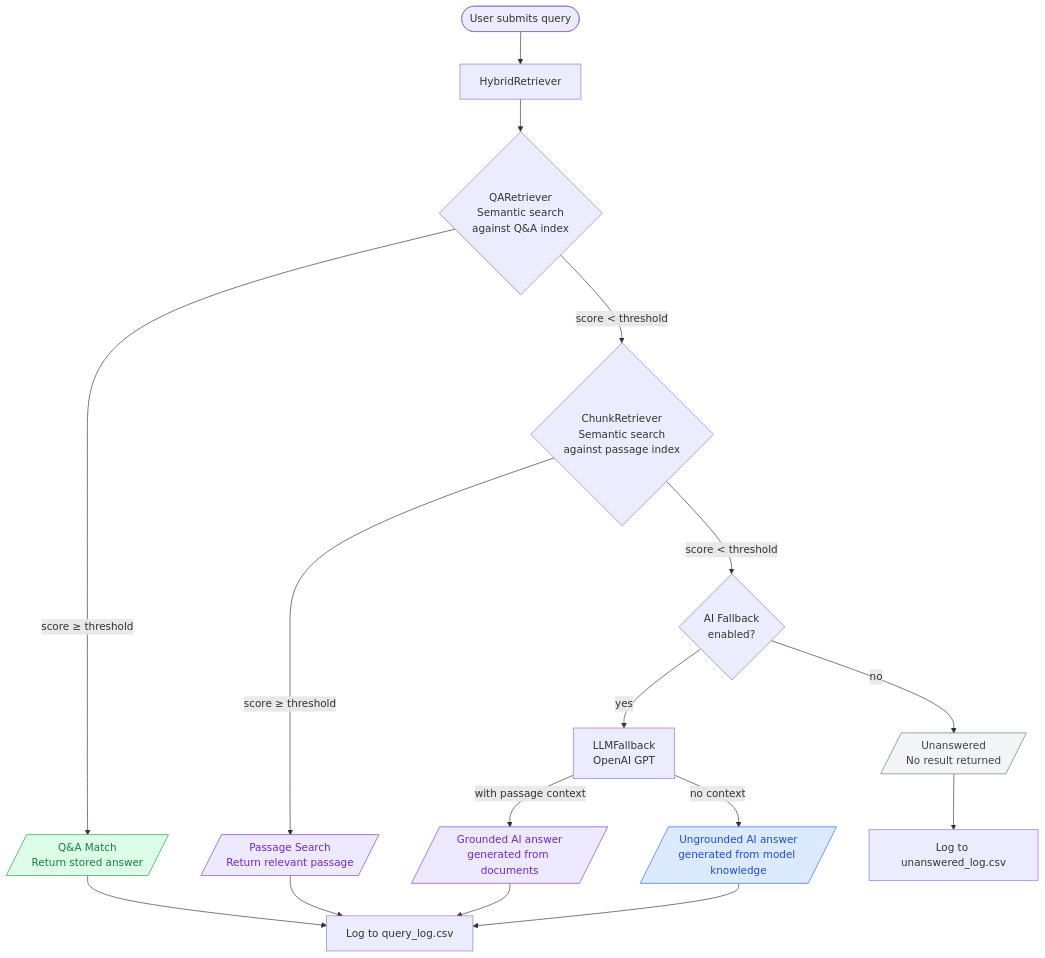
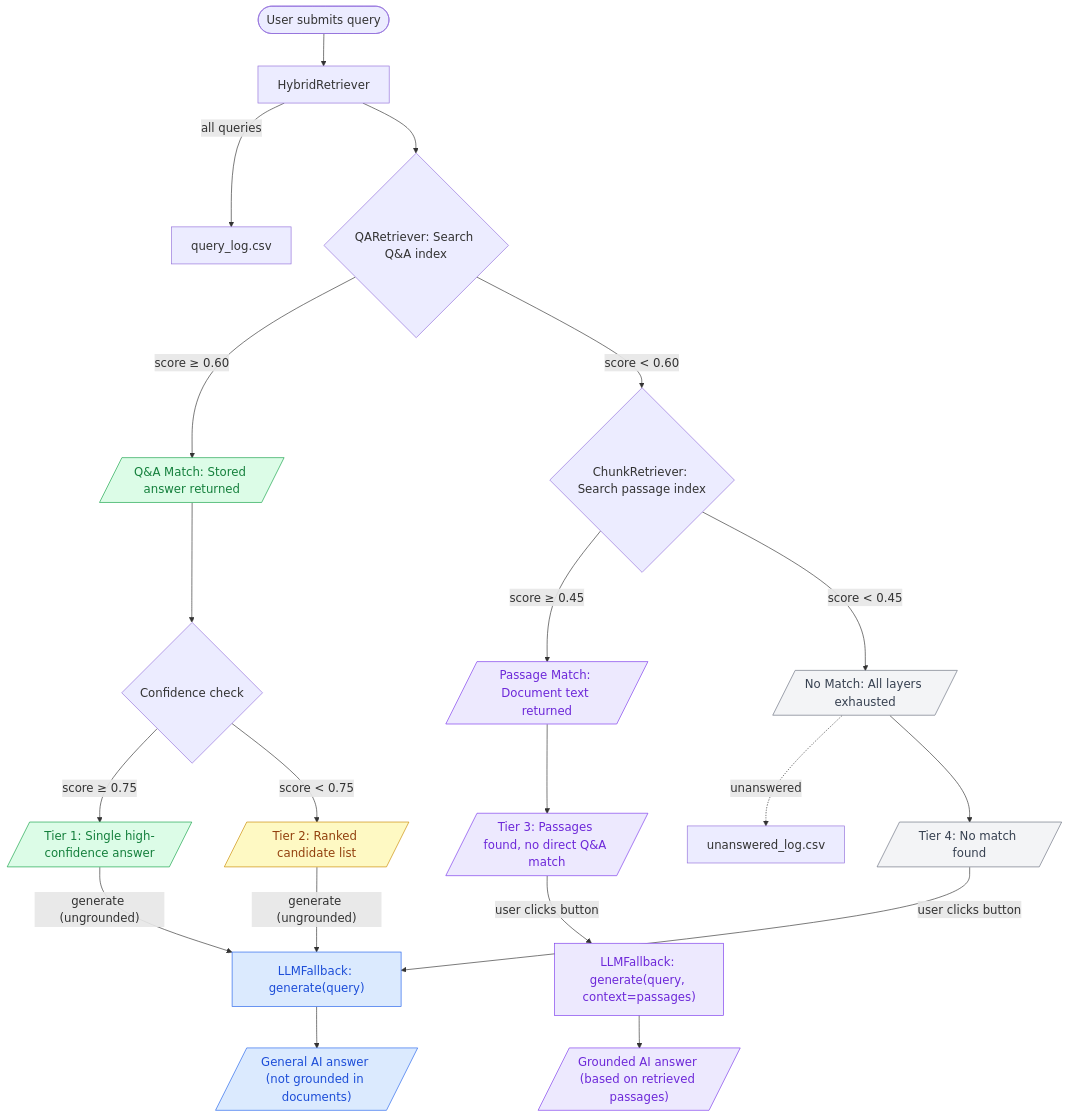
One commit to Mo24567/dissertation changed the second of 3 diagrams in diagrams.md. Above: the diagram before and after it, drawn with Mermaid. The commit also changed other lines of this file and 11 other files, not shown here.

````diff
--- a/diagrams.md
+++ b/diagrams.md
@@ -84,30 +70,43 @@
 ```mermaid
+%%{init: {'theme': 'default', 'themeVariables': {'fontSize': '18px'}}}%%
 flowchart TD
-    A([User submits query]) --> B[HybridRetriever]
+    A([User submits query]) --> HR[HybridRetriever]
+    HR -->|"all queries"| LOG["query_log.csv"]
 
-    B --> C{QARetriever\nSemantic search\nagainst Q&A index}
+    HR --> QR{QARetriever: Search Q&A index}
 
-    C -->|"score ≥ threshold"| D[/"Q&A Match\nReturn stored answer"/]
-    C -->|"score < threshold"| E{ChunkRetriever\nSemantic search\nagainst passage index}
+    QR -->|"score ≥ 0.60"| QA[/"Q&A Match: Stored answer returned"/]
+    QR -->|"score < 0.60"| CR{ChunkRetriever: Search passage index}
 
-    E -->|"score ≥ threshold"| F[/"Passage Search\nReturn relevant passage"/]
-    E -->|"score < threshold"| G{AI Fallback\nenabled?}
+    CR -->|"score ≥ 0.45"| CH[/"Passage Match: Document text returned"/]
+    CR -->|"score < 0.45"| NONE[/"No Match: All layers exhausted"/]
 
-    G -->|"yes"| H[LLMFallback\nOpenAI GPT]
-    G -->|"no"| I[/"Unanswered\nNo result returned"/]
+    NONE -.->|"unanswered"| ULOG["unanswered_log.csv"]
 
-    H -->|"with passage context"| J[/"Grounded AI answer\ngenerated from documents"/]
-    H -->|"no context"| K[/"Ungrounded AI answer\ngenerated from model knowledge"/]
+    QA --> CONF{"Confidence check"}
+    CONF -->|"score ≥ 0.75"| T1[/"Tier 1: Single high-confidence answer"/]
+    CONF -->|"score < 0.75"| T2[/"Tier 2: Ranked candidate list"/]
 
-    D --> L[Log to query_log.csv]
-    F --> L
-    J --> L
-    K --> L
-    I --> M[Log to unanswered_log.csv]
+    CH --> T3[/"Tier 3: Passages found, no direct Q&A match"/]
+    NONE --> T4[/"Tier 4: No match found"/]
 
-    style D fill:#dcfce7,stroke:#16a34a,color:#15803d
-    style F fill:#ede9fe,stroke:#7c3aed,color:#6d28d9
-    style J fill:#ede9fe,stroke:#7c3aed,color:#6d28d9
-    style K fill:#dbeafe,stroke:#2563eb,color:#1d4ed8
-    style I fill:#f3f4f6,stroke:#6b7280,color:#374151
+    T1 -->|"generate (ungrounded)"| GGEN["LLMFallback: generate(query)"]
+    T2 -->|"generate (ungrounded)"| GGEN
+    T4 -->|"user clicks button"| GGEN
+    T3 -->|"user clicks button"| GGRD["LLMFallback: generate(query, context=passages)"]
+
+    GGEN --> R1[/"General AI answer (not grounded in documents)"/]
+    GGRD --> R2[/"Grounded AI answer (based on retrieved passages)"/]
+
+    style QA fill:#dcfce7,stroke:#16a34a,color:#15803d
+    style T1 fill:#dcfce7,stroke:#16a34a,color:#15803d
+    style T2 fill:#fef9c3,stroke:#ca8a04,color:#92400e
+    style CH fill:#ede9fe,stroke:#7c3aed,color:#6d28d9
+    style T3 fill:#ede9fe,stroke:#7c3aed,color:#6d28d9
+    style R2 fill:#ede9fe,stroke:#7c3aed,color:#6d28d9
+    style GGRD fill:#ede9fe,stroke:#7c3aed,color:#6d28d9
+    style R1 fill:#dbeafe,stroke:#2563eb,color:#1d4ed8
+    style GGEN fill:#dbeafe,stroke:#2563eb,color:#1d4ed8
+    style NONE fill:#f3f4f6,stroke:#6b7280,color:#374151
+    style T4 fill:#f3f4f6,stroke:#6b7280,color:#374151
 ```
````
